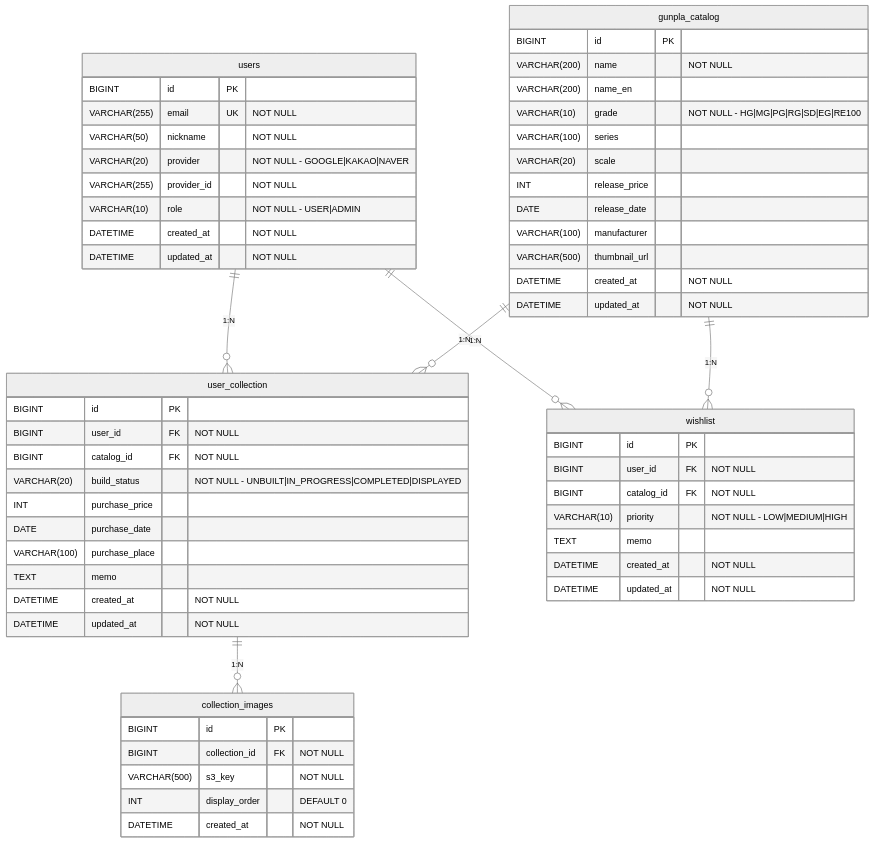
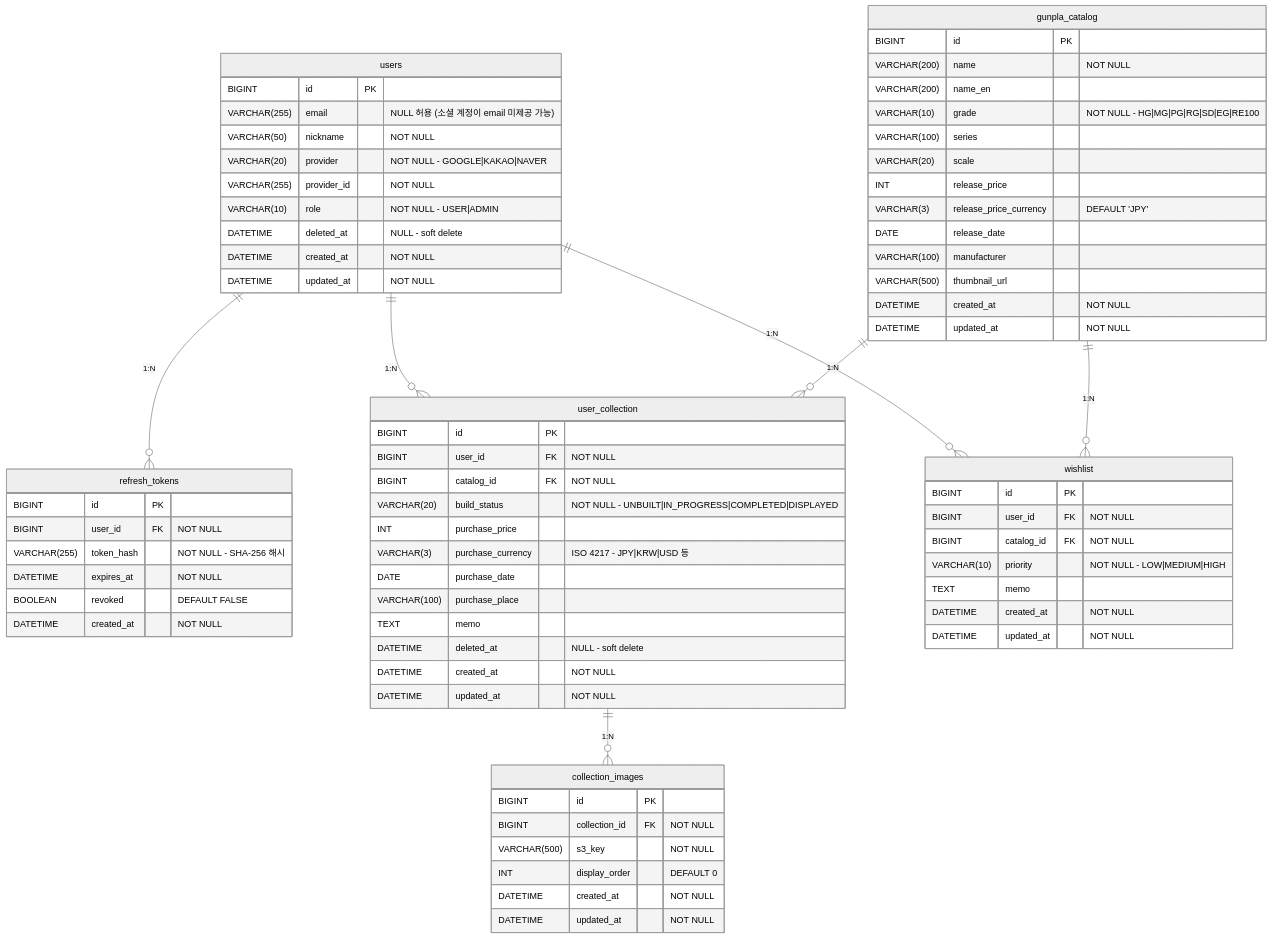
One commit to yangchanyong/project_V changed the diagram in docs/erd.md. Above: the diagram before and after it, drawn with Mermaid (neutral theme). The commit also changed other lines of this file, not shown here.

````diff
--- a/docs/erd.md
+++ b/docs/erd.md
@@ -3,65 +3,80 @@
 ```mermaid
 erDiagram
     users {
         BIGINT id PK
-        VARCHAR(255) email UK "NOT NULL"
+        VARCHAR(255) email "NULL 허용 (소셜 계정이 email 미제공 가능)"
         VARCHAR(50) nickname "NOT NULL"
         VARCHAR(20) provider "NOT NULL - GOOGLE|KAKAO|NAVER"
         VARCHAR(255) provider_id "NOT NULL"
         VARCHAR(10) role "NOT NULL - USER|ADMIN"
+        DATETIME deleted_at "NULL - soft delete"
         DATETIME created_at "NOT NULL"
         DATETIME updated_at "NOT NULL"
+    }
+
+    refresh_tokens {
+        BIGINT id PK
+        BIGINT user_id FK "NOT NULL"
+        VARCHAR(255) token_hash "NOT NULL - SHA-256 해시"
+        DATETIME expires_at "NOT NULL"
+        BOOLEAN revoked "DEFAULT FALSE"
+        DATETIME created_at "NOT NULL"
     }
 
     gunpla_catalog {
         BIGINT id PK
         VARCHAR(200) name "NOT NULL"
         VARCHAR(200) name_en
         VARCHAR(10) grade "NOT NULL - HG|MG|PG|RG|SD|EG|RE100"
         VARCHAR(100) series
         VARCHAR(20) scale
         INT release_price
+        VARCHAR(3) release_price_currency "DEFAULT 'JPY'"
         DATE release_date
         VARCHAR(100) manufacturer
         VARCHAR(500) thumbnail_url
         DATETIME created_at "NOT NULL"
         DATETIME updated_at "NOT NULL"
     }
 
     user_collection {
         BIGINT id PK
         BIGINT user_id FK "NOT NULL"
         BIGINT catalog_id FK "NOT NULL"
         VARCHAR(20) build_status "NOT NULL - UNBUILT|IN_PROGRESS|COMPLETED|DISPLAYED"
         INT purchase_price
+        VARCHAR(3) purchase_currency "ISO 4217 - JPY|KRW|USD 등"
         DATE purchase_date
         VARCHAR(100) purchase_place
         TEXT memo
+        DATETIME deleted_at "NULL - soft delete"
         DATETIME created_at "NOT NULL"
         DATETIME updated_at "NOT NULL"
     }
 
     collection_images {
         BIGINT id PK
         BIGINT collection_id FK "NOT NULL"
         VARCHAR(500) s3_key "NOT NULL"
         INT display_order "DEFAULT 0"
         DATETIME created_at "NOT NULL"
+        DATETIME updated_at "NOT NULL"
     }
 
     wishlist {
         BIGINT id PK
         BIGINT user_id FK "NOT NULL"
         BIGINT catalog_id FK "NOT NULL"
         VARCHAR(10) priority "NOT NULL - LOW|MEDIUM|HIGH"
         TEXT memo
         DATETIME created_at "NOT NULL"
         DATETIME updated_at "NOT NULL"
     }
 
+    users ||--o{ refresh_tokens : "1:N"
     users ||--o{ user_collection : "1:N"
     users ||--o{ wishlist : "1:N"
     gunpla_catalog ||--o{ user_collection : "1:N"
     gunpla_catalog ||--o{ wishlist : "1:N"
     user_collection ||--o{ collection_images : "1:N"
 ```
````
